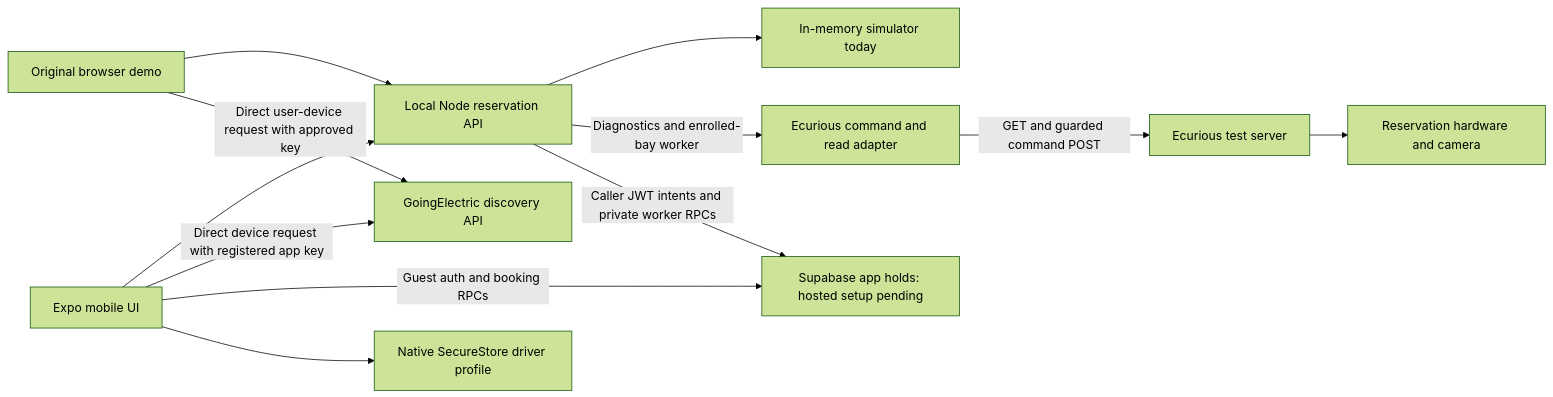
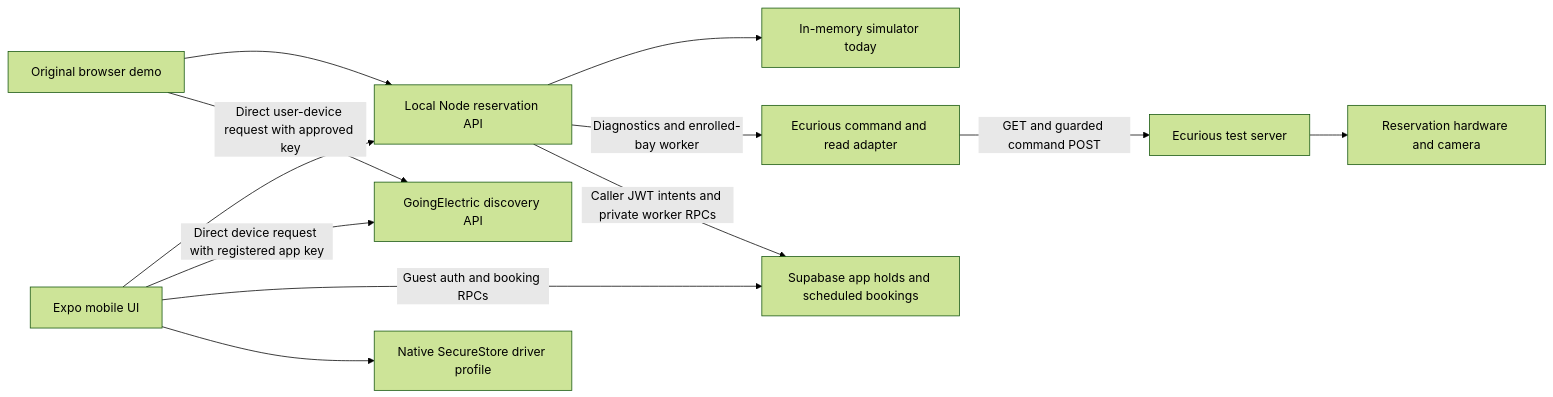
The diagram in docs/INTEGRATION.md (BorisPetreski/Ecurious-Challenge), drawn with Mermaid (forest theme) before and after one commit. The commit also changed other lines of this file and 71 other files, not shown here.

````diff
--- a/docs/INTEGRATION.md
+++ b/docs/INTEGRATION.md
@@ -9,14 +11,14 @@
 ```mermaid
 flowchart LR
   Driver[Expo mobile UI] --> Local[Local Node reservation API]
   Browser[Original browser demo] --> Local
   Local --> Sim[In-memory simulator today]
   Local -->|Diagnostics and enrolled-bay worker| Adapter[Ecurious command and read adapter]
   Adapter -->|GET and guarded command POST| Server[Ecurious test server]
   Server --> Bay[Reservation hardware and camera]
   Browser -->|Direct user-device request with approved key| GE[GoingElectric discovery API]
   Driver -->|Direct device request with registered app key| GE
-  Driver -->|Guest auth and booking RPCs| Supabase[Supabase app holds: hosted setup pending]
+  Driver -->|Guest auth and booking RPCs| Supabase[Supabase app holds and scheduled bookings]
   Driver --> Profile[Native SecureStore driver profile]
   Local -->|Caller JWT intents and private worker RPCs| Supabase
 ```
````
